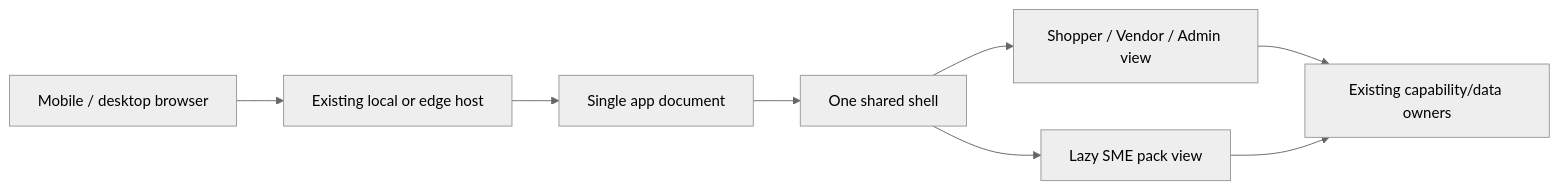
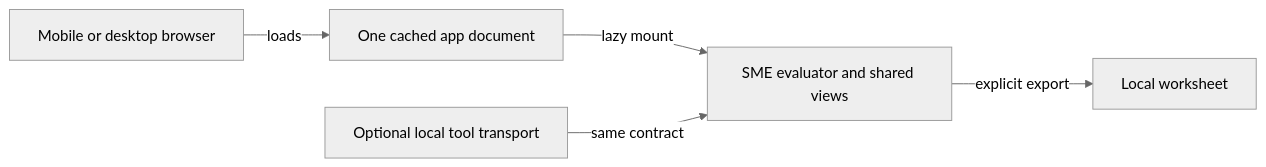
Before and after one commit to huijoohwee/agentic-commerce-os: the fifth of 5 diagrams in docs/prd-tad-adr-mvp-gtm-agentic-commerce-os.md, drawn with Mermaid (neutral theme). The commit also changed other lines of this file and 13 other files, not shown here.

````diff
--- a/docs/prd-tad-adr-mvp-gtm-agentic-commerce-os.md
+++ b/docs/prd-tad-adr-mvp-gtm-agentic-commerce-os.md
@@ -197,10 +243,12 @@
 ```mermaid
 flowchart LR
-  browser[Mobile / desktop browser] --> host[Existing local or edge host]
-  host --> document[Single app document]
-  document --> shell[One shared shell]
-  shell --> role[Shopper / Vendor / Admin view]
-  shell --> pack[Lazy SME pack view]
-  role --> owner[Existing capability/data owners]
-  pack --> owner
+  device[Mobile or desktop browser]
+  shell[One cached app document]
+  local[SME evaluator and shared views]
+  file[Local worksheet]
+  adapter[Optional local tool transport]
+  device -->|loads| shell
+  shell -->|lazy mount| local
+  local -->|explicit export| file
+  adapter -->|same contract| local
 ```
````
